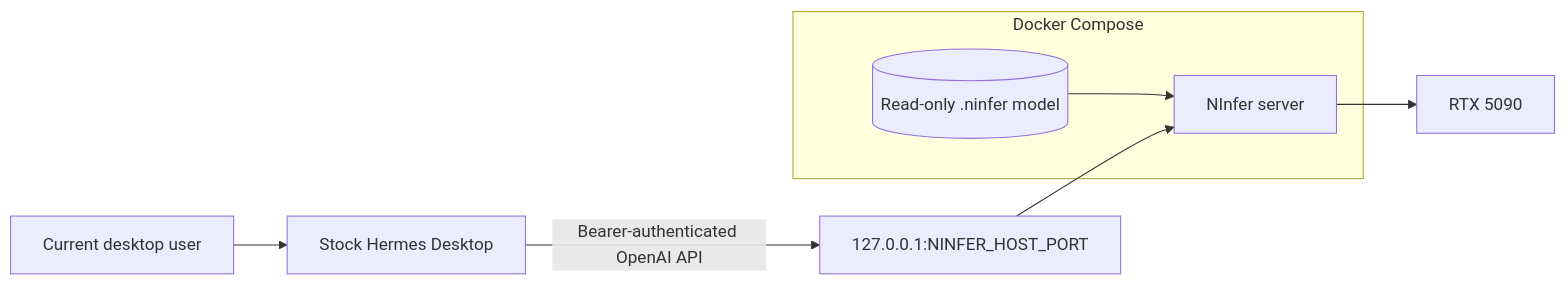
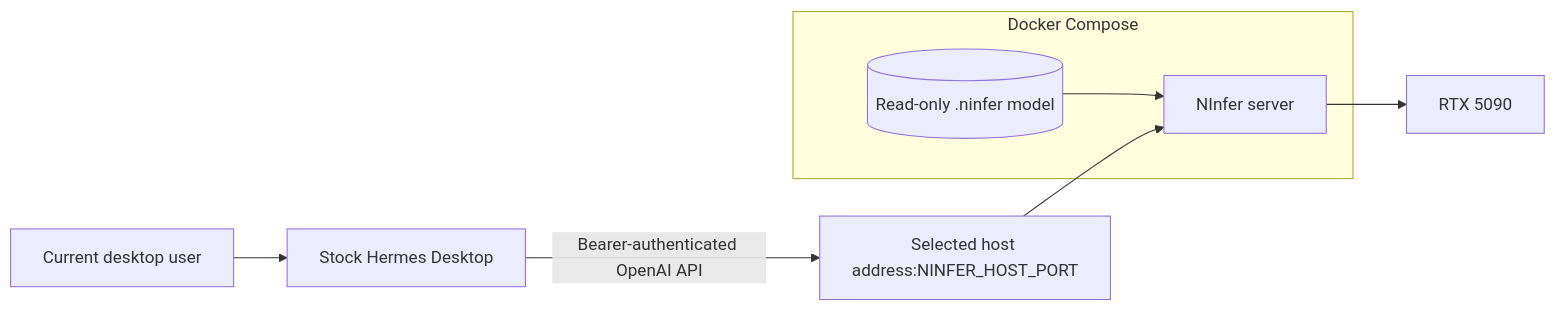
One commit to joelfourhman/hermes_ninfer_stack changed the diagram in README.md. Above: the diagram before and after it, drawn with Mermaid. The commit also changed other lines of this file and 19 other files, not shown here.

````diff
--- a/README.md
+++ b/README.md
@@ -101,14 +102,14 @@
 ```mermaid
 flowchart LR
     User[Current desktop user] --> Hermes[Stock Hermes Desktop]
-    Hermes -->|Bearer-authenticated OpenAI API| Port[127.0.0.1:NINFER_HOST_PORT]
+    Hermes -->|Bearer-authenticated OpenAI API| Port[Selected host address:NINFER_HOST_PORT]
 
     subgraph Docker[Docker Compose]
         NInfer[NInfer server]
         Model[(Read-only .ninfer model)]
         Model --> NInfer
     end
 
     Port --> NInfer
     NInfer --> GPU[RTX 5090]
 ```
````
